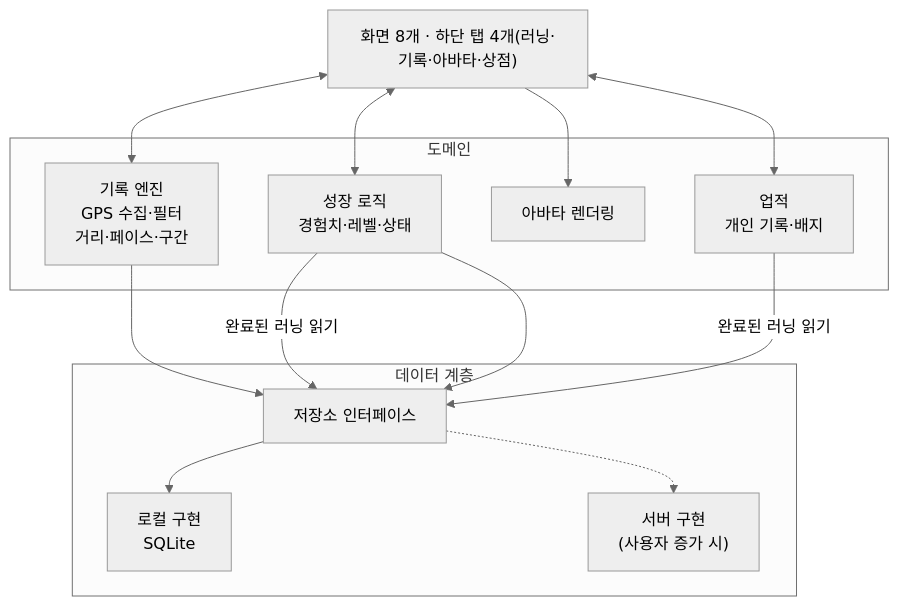
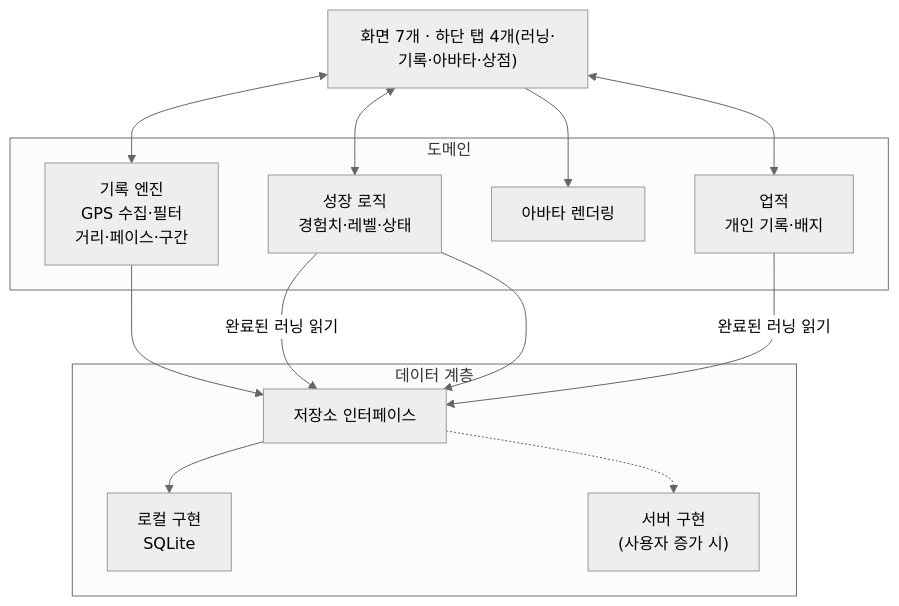
One commit to dhkim1522/runmagochi changed the diagram in docs/architecture.md. Above: the diagram before and after it, drawn with Mermaid (neutral theme). The commit also changed 16 other files, not shown here.

````diff
--- a/docs/architecture.md
+++ b/docs/architecture.md
@@ -25,25 +25,25 @@
 ```mermaid
 flowchart TB
-    UI["화면 8개 · 하단 탭 4개(러닝·기록·아바타·상점)"]
+    UI["화면 7개 · 하단 탭 4개(러닝·기록·아바타·상점)"]
     subgraph Domain["도메인"]
         Engine["기록 엔진<br/>GPS 수집·필터<br/>거리·페이스·구간"]
         Growth["성장 로직<br/>경험치·레벨·상태"]
         Achieve["업적<br/>개인 기록·배지"]
         Avatar["아바타 렌더링"]
     end
     subgraph Data["데이터 계층"]
         Repo["저장소 인터페이스"]
         Local["로컬 구현<br/>SQLite"]
         Remote["서버 구현<br/>(사용자 증가 시)"]
     end
     UI <--> Engine
     UI <--> Growth
     UI --> Avatar
     UI <--> Achieve
     Achieve -- "완료된 러닝 읽기" --> Repo
     Growth -- "완료된 러닝 읽기" --> Repo
     Engine --> Repo
     Growth --> Repo
     Repo --> Local
     Repo -.-> Remote
 ```
````
